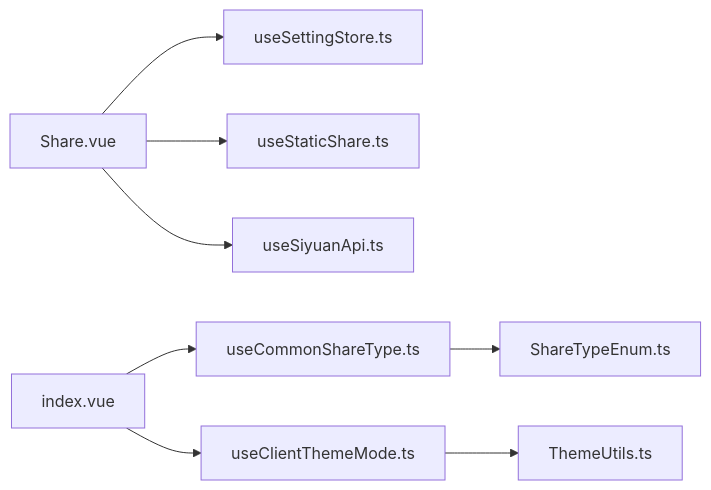
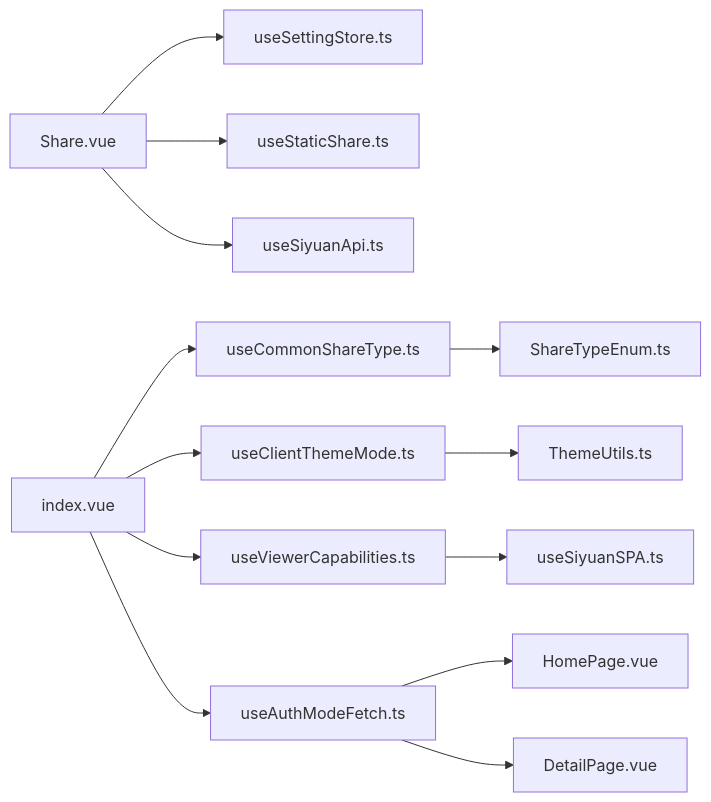
The ninth of 9 diagrams in .qoder/repowiki/zh/content/核心功能/核心功能.md (terwer/siyuan-plugin-blog), drawn with Mermaid before and after one commit. The commit also changed other lines of this file and 20 other files, not shown here.

````diff
--- a/.qoder/repowiki/zh/content/核心功能/核心功能.md
+++ b/.qoder/repowiki/zh/content/核心功能/核心功能.md
@@ -259,10 +408,15 @@
 ```mermaid
 graph LR
 ShareVue["Share.vue"] --> SettingStore["useSettingStore.ts"]
 ShareVue --> StaticShare["useStaticShare.ts"]
 ShareVue --> SiyuanAPI["useSiyuanApi.ts"]
 IndexVue["index.vue"] --> ShareType["useCommonShareType.ts"]
 ShareType --> ShareEnum["ShareTypeEnum.ts"]
 IndexVue --> ThemeMode["useClientThemeMode.ts"]
 ThemeMode --> ThemeUtils["ThemeUtils.ts"]
+IndexVue --> ViewerCaps["useViewerCapabilities.ts"]
+ViewerCaps --> SiyuanSPA["useSiyuanSPA.ts"]
+IndexVue --> AuthFetch["useAuthModeFetch.ts"]
+AuthFetch --> HomePage["HomePage.vue"]
+AuthFetch --> DetailPage["DetailPage.vue"]
 ```
````
